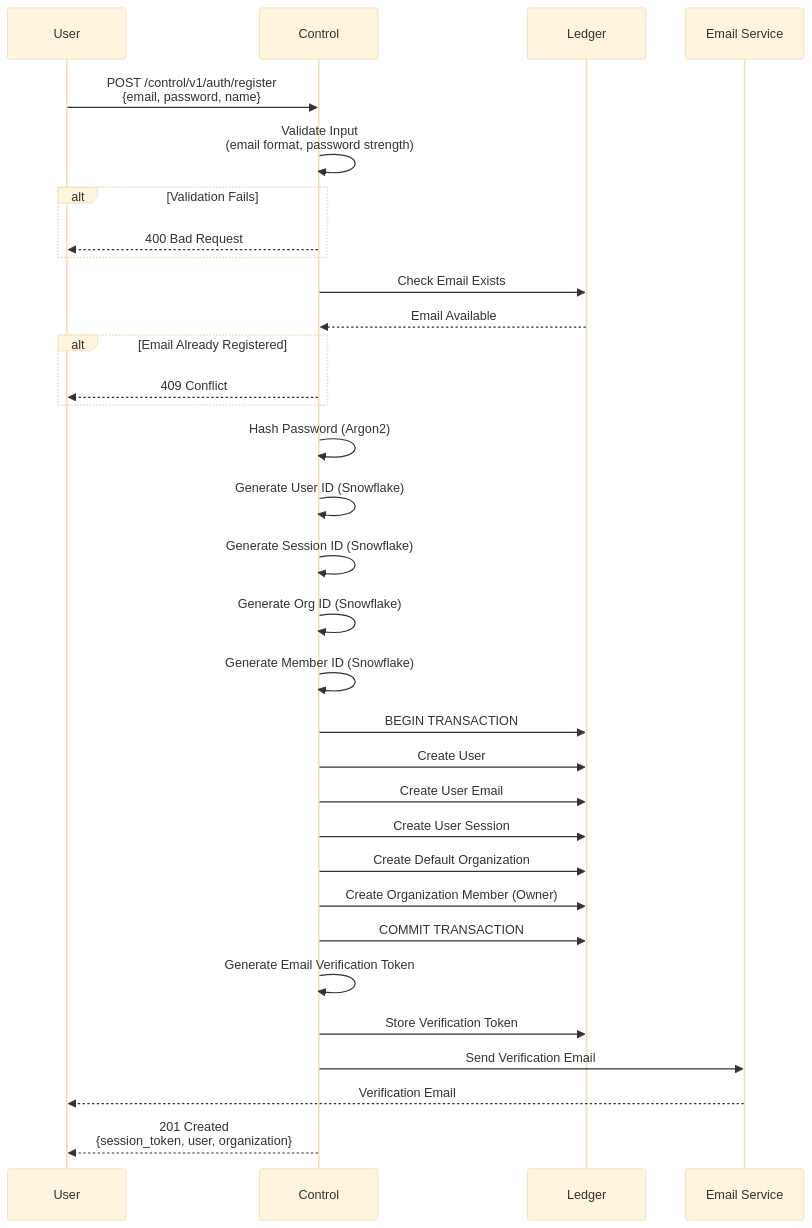
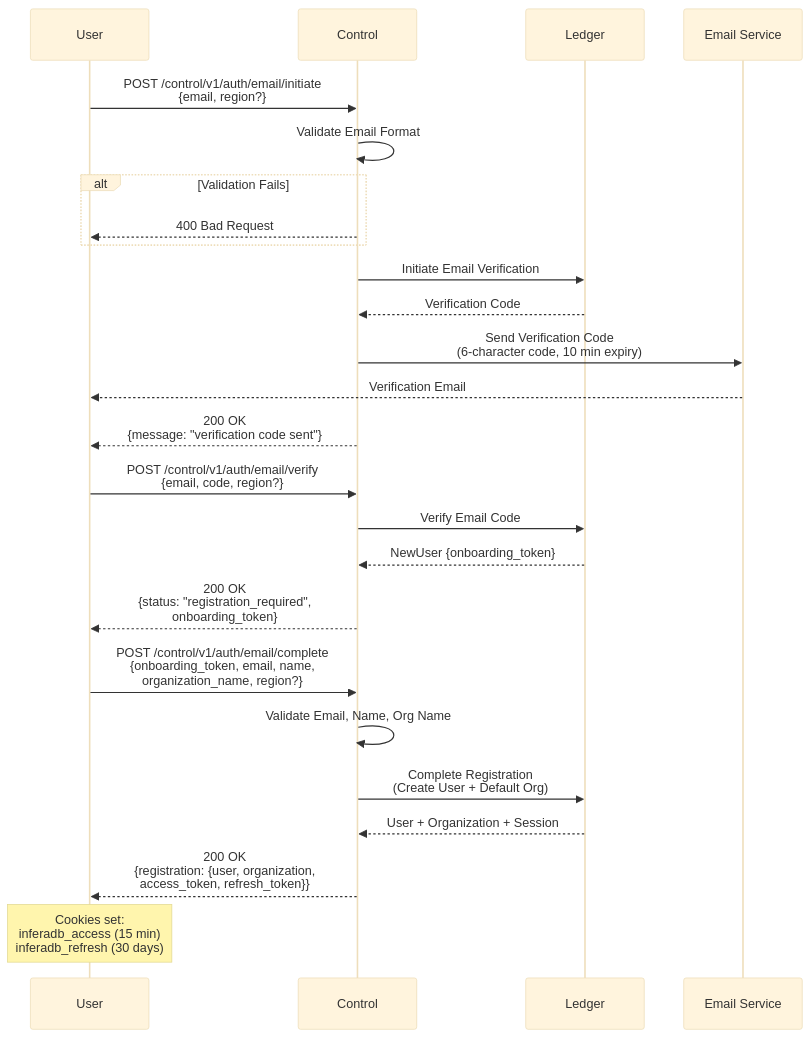
One commit to inferadb/control changed the first of 10 diagrams in docs/flows.md. Above: the diagram before and after it, drawn with Mermaid (base theme). The commit also changed other lines of this file and 46 other files, not shown here.

````diff
--- a/docs/flows.md
+++ b/docs/flows.md
@@ -7,44 +9,41 @@
 ```mermaid
 sequenceDiagram
     participant User
     participant API as Control
     participant DB as Ledger
     participant Email as Email Service
 
-    User->>API: POST /control/v1/auth/register<br/>{email, password, name}
+    User->>API: POST /control/v1/auth/email/initiate<br/>{email, region?}
 
-    API->>API: Validate Input<br/>(email format, password strength)
+    API->>API: Validate Email Format
 
     alt Validation Fails
         API-->>User: 400 Bad Request
     end
 
-    API->>DB: Check Email Exists
-    DB-->>API: Email Available
+    API->>DB: Initiate Email Verification
+    DB-->>API: Verification Code
 
-    alt Email Already Registered
-        API-->>User: 409 Conflict
-    end
-
-    API->>API: Hash Password (Argon2)
-    API->>API: Generate User ID (Snowflake)
-    API->>API: Generate Session ID (Snowflake)
-    API->>API: Generate Org ID (Snowflake)
-    API->>API: Generate Member ID (Snowflake)
-
-    API->>DB: BEGIN TRANSACTION
-    API->>DB: Create User
-    API->>DB: Create User Email
-    API->>DB: Create User Session
-    API->>DB: Create Default Organization
-    API->>DB: Create Organization Member (Owner)
-    API->>DB: COMMIT TRANSACTION
-
-    API->>API: Generate Email Verification Token
-    API->>DB: Store Verification Token
-
-    API->>Email: Send Verification Email
+    API->>Email: Send Verification Code<br/>(6-character code, 10 min expiry)
     Email-->>User: Verification Email
 
-    API-->>User: 201 Created<br/>{session_token, user, organization}
+    API-->>User: 200 OK<br/>{message: "verification code sent"}
+
+    User->>API: POST /control/v1/auth/email/verify<br/>{email, code, region?}
+
+    API->>DB: Verify Email Code
+    DB-->>API: NewUser {onboarding_token}
+
+    API-->>User: 200 OK<br/>{status: "registration_required",<br/>onboarding_token}
+
+    User->>API: POST /control/v1/auth/email/complete<br/>{onboarding_token, email, name,<br/>organization_name, region?}
+
+    API->>API: Validate Email, Name, Org Name
+
+    API->>DB: Complete Registration<br/>(Create User + Default Org)
+    DB-->>API: User + Organization + Session
+
+    API-->>User: 200 OK<br/>{registration: {user, organization,<br/>access_token, refresh_token}}
+
+    Note over User: Cookies set:<br/>inferadb_access (15 min)<br/>inferadb_refresh (30 days)
 ```
````
